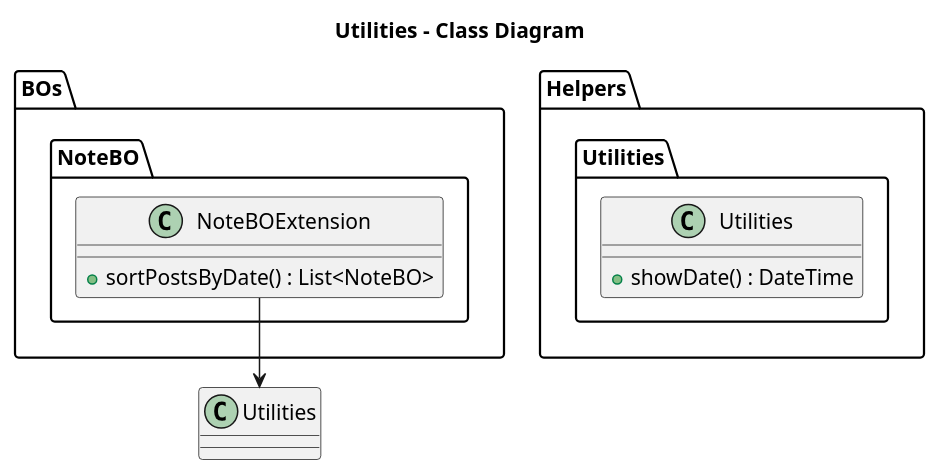
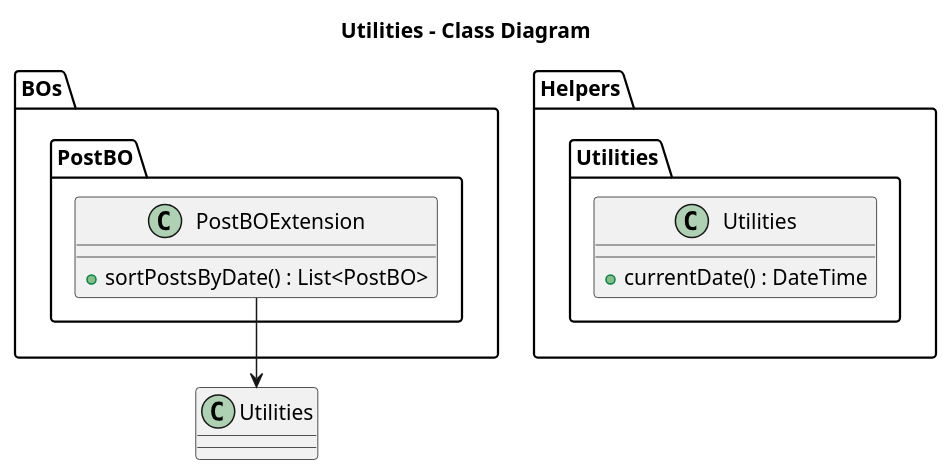
One commit to ThirumuruganArumugam/social_media changed the diagram in lib/Helpers/Utitilites/Design/Utilities-Class.puml. Above: the diagram before and after it, drawn with PlantUML. The commit also changed 11 other files, not shown here.

```diff
--- a/lib/Helpers/Utitilites/Design/Utilities-Class.puml
+++ b/lib/Helpers/Utitilites/Design/Utilities-Class.puml
@@ -1,21 +1,21 @@
 @startuml Utilities - Class Diagram
 
 title **Utilities - Class Diagram**
 
 package Helpers{
     package Utilities{
         class Utilities{
-            + showDate() : DateTime
+            + currentDate() : DateTime
         }
     }
 }
 
 package BOs{
-    package NoteBO{
-        class NoteBOExtension{
-            + sortPostsByDate() : List<NoteBO>
+    package PostBO{
+        class PostBOExtension{
+            + sortPostsByDate() : List<PostBO>
         }
     }
 }
-NoteBOExtension --> Utilities
+PostBOExtension --> Utilities
 @enduml
```
